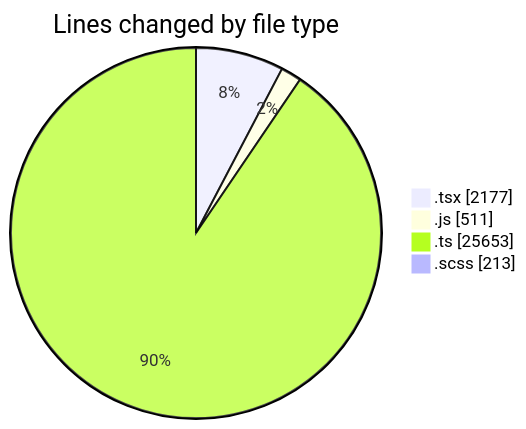
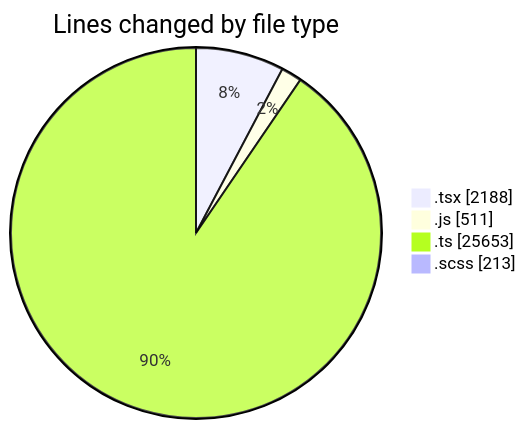
The first of 2 diagrams in 2025-06-30/cda/README.md (momahboobian/code-tracking), drawn with Mermaid before and after one commit. The commit also changed other lines of this file and 1 other file, not shown here.

````diff
--- a/2025-06-30/cda/README.md
+++ b/2025-06-30/cda/README.md
@@ -41,8 +41,8 @@
 ```mermaid
 pie showData
 title Lines changed by file type
-".tsx" : 2177
+".tsx" : 2188
 ".js" : 511
 ".ts" : 25653
 ".scss" : 213
 ```
````
